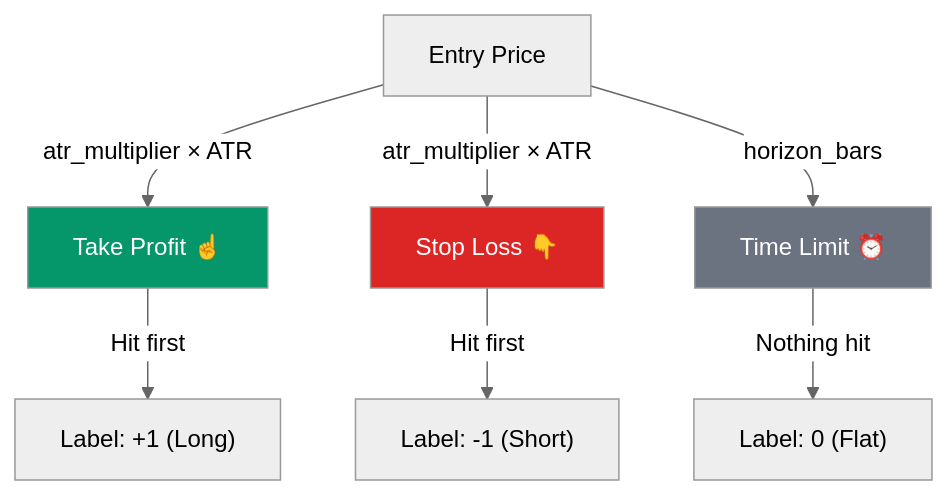
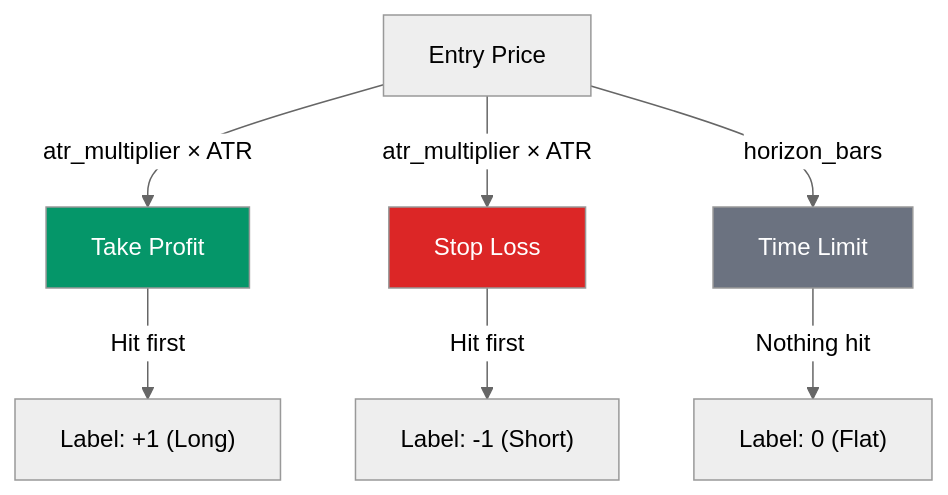
The fourth of 5 diagrams in docs/CONFIGURATION.md (ultimateBroK/thesis-hybrid-stacking), drawn with Mermaid (neutral theme) before and after one commit. The commit also changed other lines of this file and 7 other files, not shown here.

````diff
--- a/docs/CONFIGURATION.md
+++ b/docs/CONFIGURATION.md
@@ -234,14 +237,14 @@
 ```mermaid
 flowchart TD
-    ENTRY["Entry Price"] -->|"atr_multiplier × ATR"| TP["Take Profit ☝️"]
-    ENTRY -->|"atr_multiplier × ATR"| SL["Stop Loss 👇"]
-    ENTRY -->|"horizon_bars"| TIME["Time Limit ⏰"]
+    ENTRY["Entry Price"] -->|"atr_multiplier × ATR"| TP["Take Profit"]
+    ENTRY -->|"atr_multiplier × ATR"| SL["Stop Loss"]
+    ENTRY -->|"horizon_bars"| TIME["Time Limit"]
 
     TP --> |"Hit first"| LONG["Label: +1 (Long)"]
     SL --> |"Hit first"| SHORT["Label: -1 (Short)"]
     TIME --> |"Nothing hit"| FLAT["Label: 0 (Flat)"]
 
     style TP fill:#059669,color:#fff
     style SL fill:#DC2626,color:#fff
     style TIME fill:#6B7280,color:#fff
 ```
````
